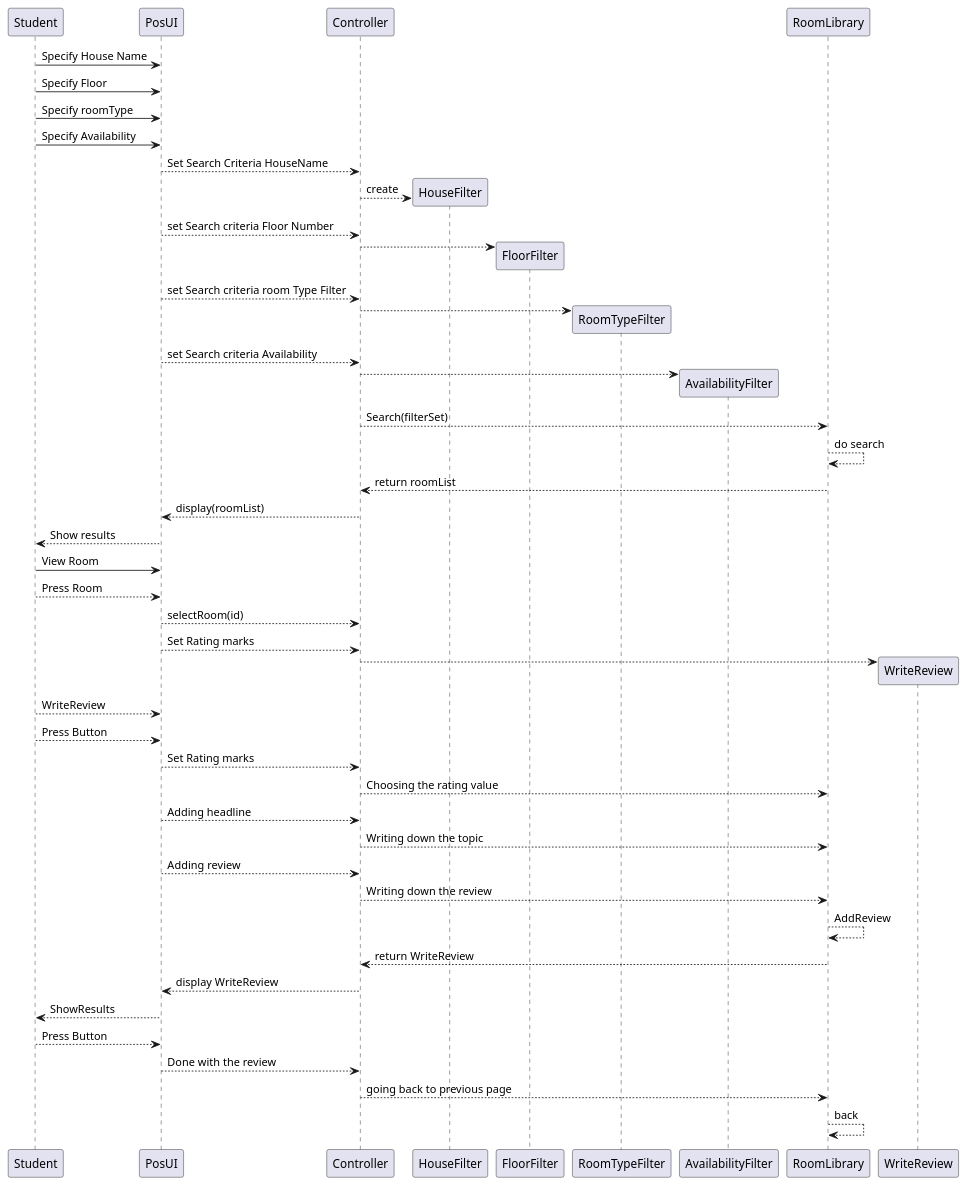
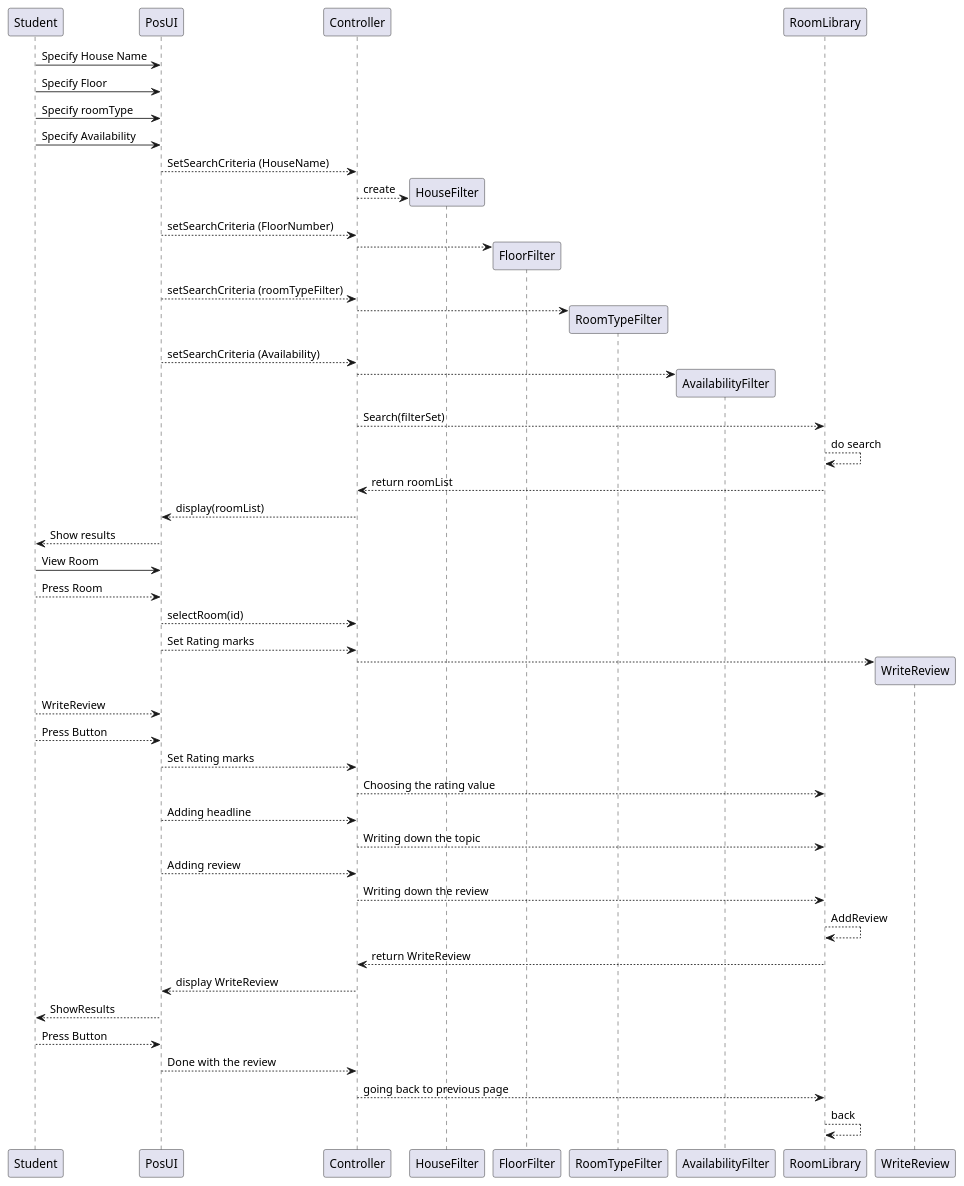
Before and after one commit to alexandraguillen12/Dorm-Review-App: the second of 2 diagrams in intellij/doc/design.md, drawn with PlantUML. The commit also changed other lines of this file, not shown here.

````diff
--- a/intellij/doc/design.md
+++ b/intellij/doc/design.md
@@ -92,47 +104,47 @@
 ```plantuml
 @startuml
 Student -> PosUI: Specify House Name 
 Student -> PosUI: Specify Floor
 Student -> PosUI: Specify roomType
 Student -> PosUI: Specify Availability
-PosUI --> Controller: Set Search Criteria HouseName  
+PosUI --> Controller: SetSearchCriteria (HouseName) 
 create HouseFilter
 Controller --> HouseFilter: create 
-PosUI --> Controller: set Search criteria Floor Number
+PosUI --> Controller: setSearchCriteria (FloorNumber)
 create FloorFilter 
 Controller --> FloorFilter
-PosUI --> Controller: set Search criteria room Type Filter
+PosUI --> Controller: setSearchCriteria (roomTypeFilter)
 create RoomTypeFilter 
 Controller --> RoomTypeFilter 
-PosUI --> Controller: set Search criteria Availability
+PosUI --> Controller: setSearchCriteria (Availability)
 create AvailabilityFilter 
 Controller --> AvailabilityFilter
 Controller --> RoomLibrary: Search(filterSet)
 RoomLibrary --> RoomLibrary: do search  
 RoomLibrary --> Controller: return roomList  
 Controller --> PosUI: display(roomList) 
 PosUI --> Student: Show results 
 Student -> PosUI: View Room 
 Student --> PosUI: Press Room 
 PosUI --> Controller: selectRoom(id)
 PosUI --> Controller: Set Rating marks
 create WriteReview
 Controller --> WriteReview
 Student --> PosUI: WriteReview
 Student --> PosUI: Press Button 
 PosUI --> Controller: Set Rating marks 
 Controller --> RoomLibrary: Choosing the rating value 
 PosUI --> Controller: Adding headline
 Controller --> RoomLibrary: Writing down the topic
 PosUI --> Controller: Adding review 
 Controller --> RoomLibrary: Writing down the review 
 RoomLibrary --> RoomLibrary: AddReview
 RoomLibrary --> Controller: return WriteReview
 Controller --> PosUI: display WriteReview
 PosUI--> Student: ShowResults
 Student --> PosUI: Press Button
 PosUI --> Controller: Done with the review
 Controller --> RoomLibrary: going back to previous page
 RoomLibrary --> RoomLibrary: back
 @enduml
 ```
````
